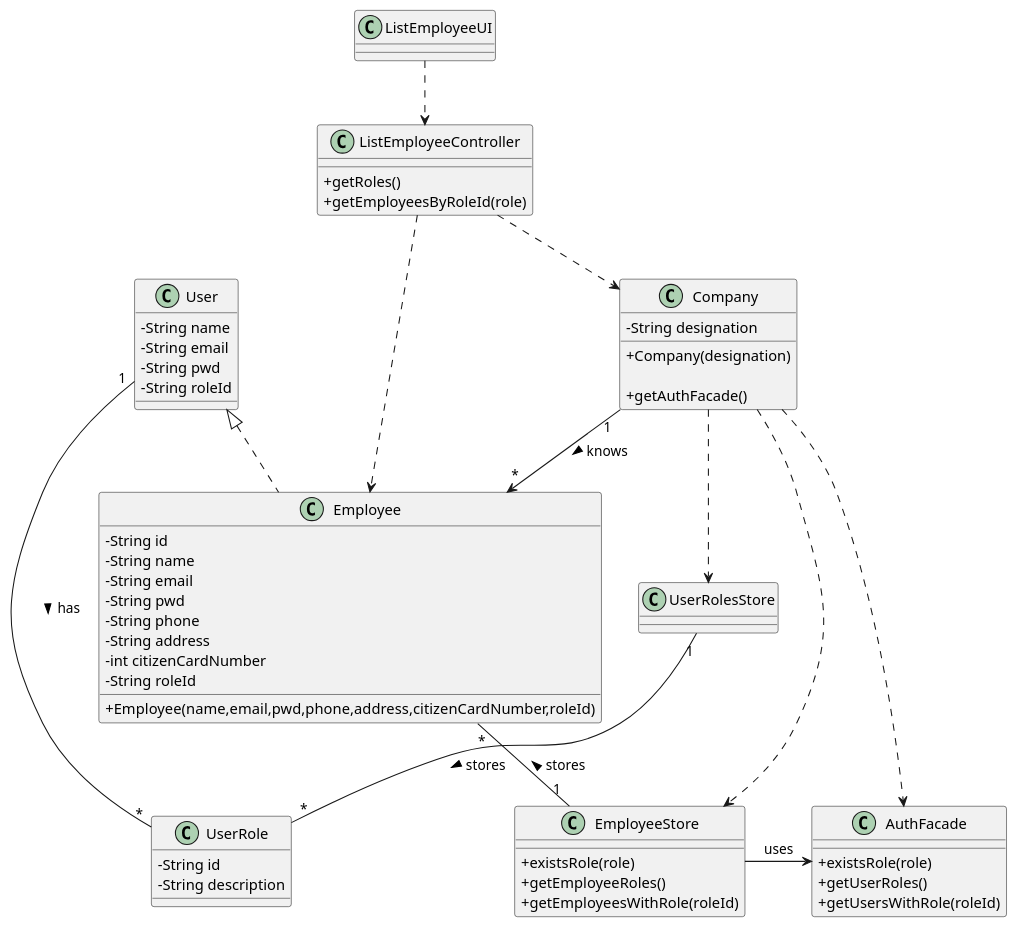
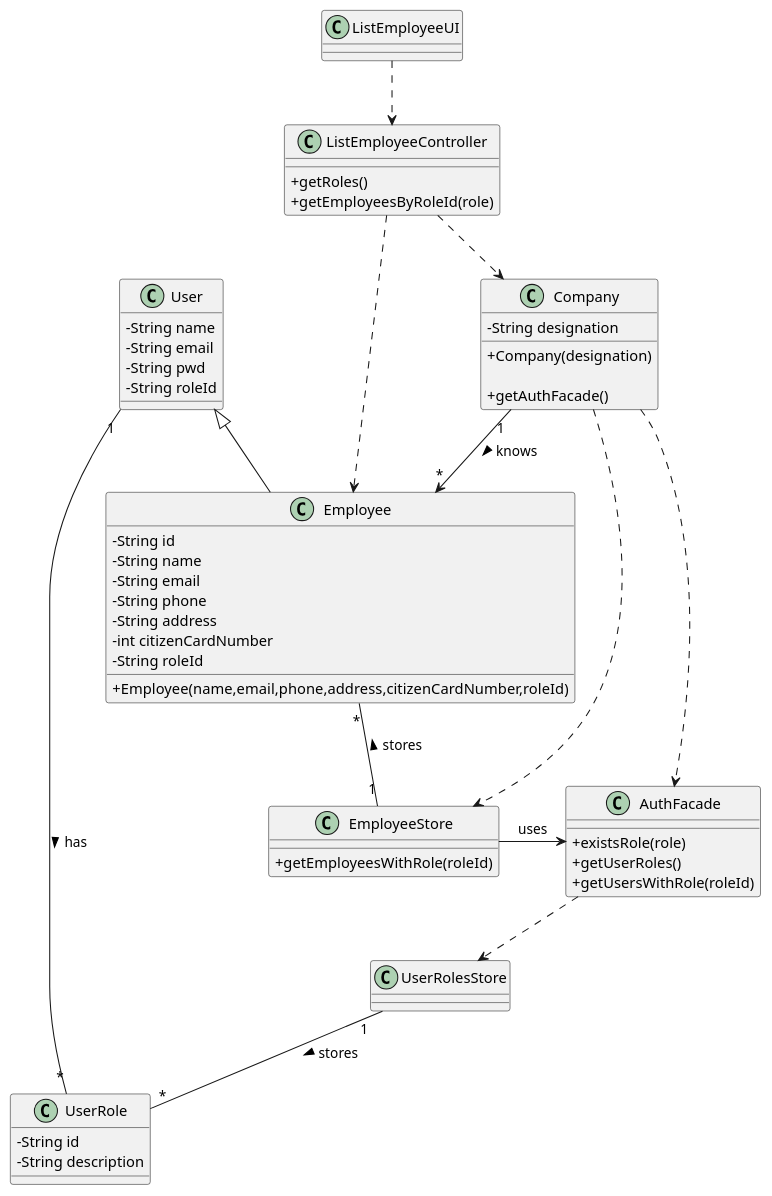
The diagram in docs/SprintB/US11/CD/US11_CD.puml (miseEnPlace-i/lapr2), drawn with PlantUML before and after one commit. The commit also changed 6 other files, not shown here.

```diff
--- a/docs/SprintB/US11/CD/US11_CD.puml
+++ b/docs/SprintB/US11/CD/US11_CD.puml
@@ -1,76 +1,72 @@
 @startuml
 skinparam classAttributeIconSize 0
 
 class User {
   - String name
   - String email
   - String pwd
   - String roleId
 }
 
 class Employee {
   -String id
   -String name
   -String email
-  -String pwd
   -String phone
   -String address
   -int citizenCardNumber
   -String roleId
   
-  +Employee(name,email,pwd,phone,address,citizenCardNumber,roleId)
+  +Employee(name,email,phone,address,citizenCardNumber,roleId)
 }
 
 class Company {
   -String designation
   +Company(designation)
 
   +getAuthFacade()
 }
 
 class AuthFacade {
   +existsRole(role)
   +getUserRoles()
   +getUsersWithRole(roleId)
 }
 
 class EmployeeStore {
-  +existsRole(role)
-  +getEmployeeRoles()
   +getEmployeesWithRole(roleId)
 }
 
 class ListEmployeeController {
   +getRoles()
   +getEmployeesByRoleId(role)
 }
 
 class UserRole {
   -String id
   -String description
 }
 
 class UserRolesStore {
 
 }
 
 class ListEmployeeUI {}
 
 ListEmployeeUI ..> ListEmployeeController
 ListEmployeeController ..> Employee
 ListEmployeeController ..> Company
 
 Company ..> AuthFacade
 Company ..> EmployeeStore
 EmployeeStore -> AuthFacade : uses
 Employee "*" -- "1" EmployeeStore : stores <
 Company "1" --> "*" Employee : knows >
 
 UserRolesStore "1" -- "*" UserRole : stores >
-Company ..> UserRolesStore
-
+AuthFacade ..> UserRolesStore
 User "1" -- "*" UserRole : has >
 
-User <|.. Employee 
+User <|-- Employee 
 
 @enduml
```
